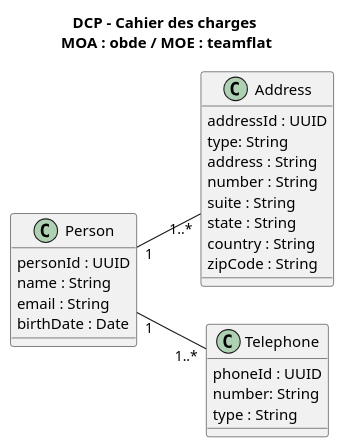
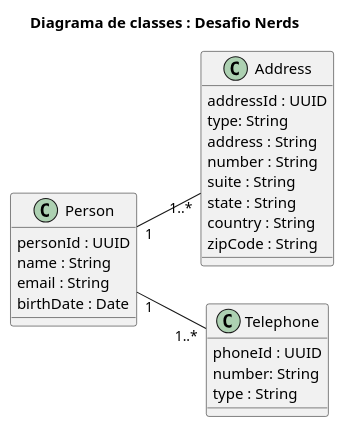
The diagram in docs/class.puml (rafaelsousa/desafio-nerds), drawn with PlantUML before and after one commit. The commit also changed 18 other files, not shown here.

```diff
--- a/docs/class.puml
+++ b/docs/class.puml
@@ -1,34 +1,34 @@
 @startuml
-title DCP - Cahier des charges\n MOA : <b>obde</b> / MOE : <b>teamflat</b>
+title Diagrama de classes : Desafio Nerds
 left to right direction
 skinparam shadowing false
 
 class "Person" as Person {
     personId : UUID
     name : String
     email : String
     birthDate : Date
 }
 
 class "Address" as Address {
     addressId : UUID
     type: String
     address : String
     number : String
     suite : String
     state : String
     country : String
     zipCode : String
 }
 
 class "Telephone" as Telephone {
     phoneId : UUID
     number: String
     type : String
 }
 
 Person "1" -- "1..*" Address
 Person "1" -- "1..*" Telephone
 
 
 @enduml
```
